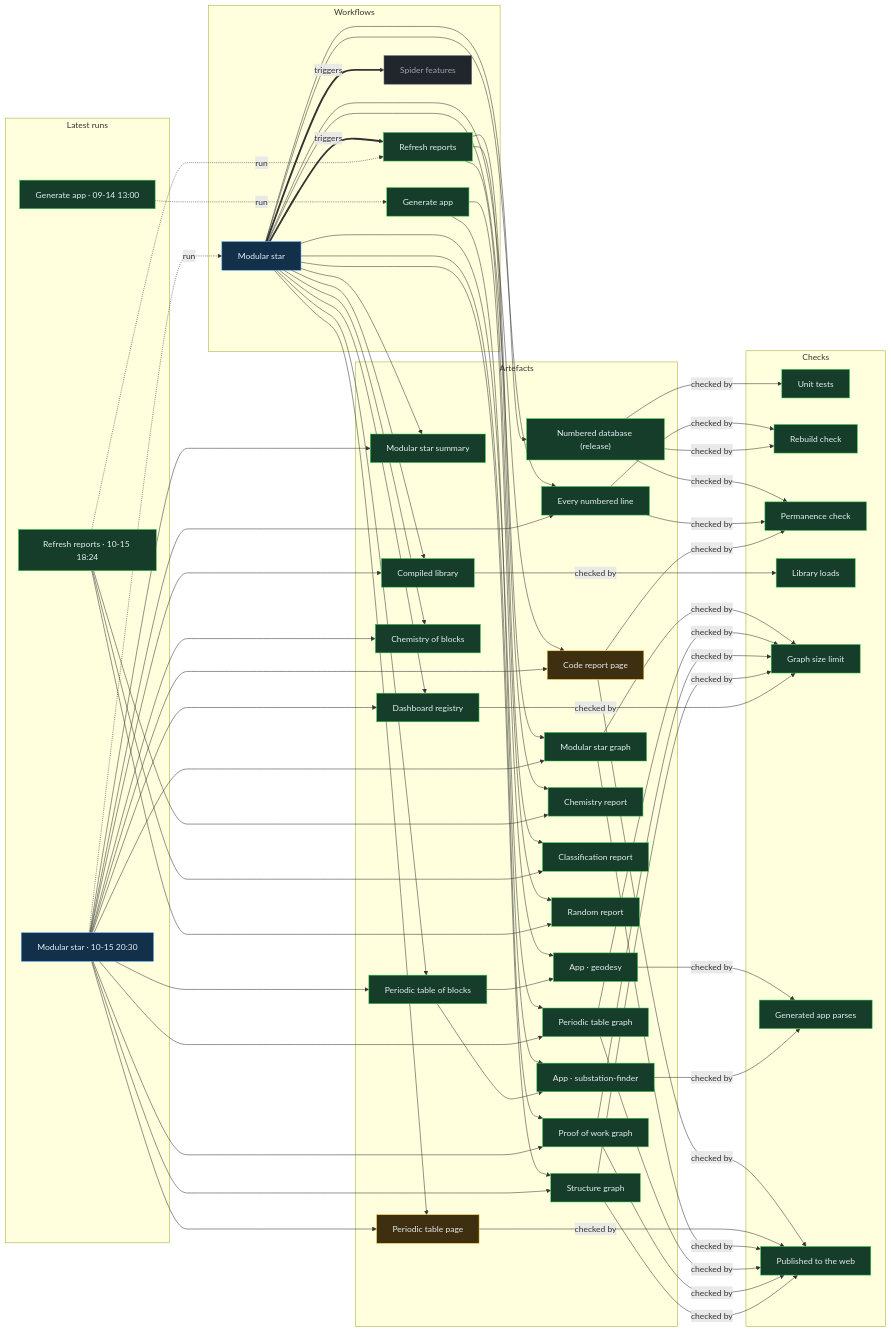
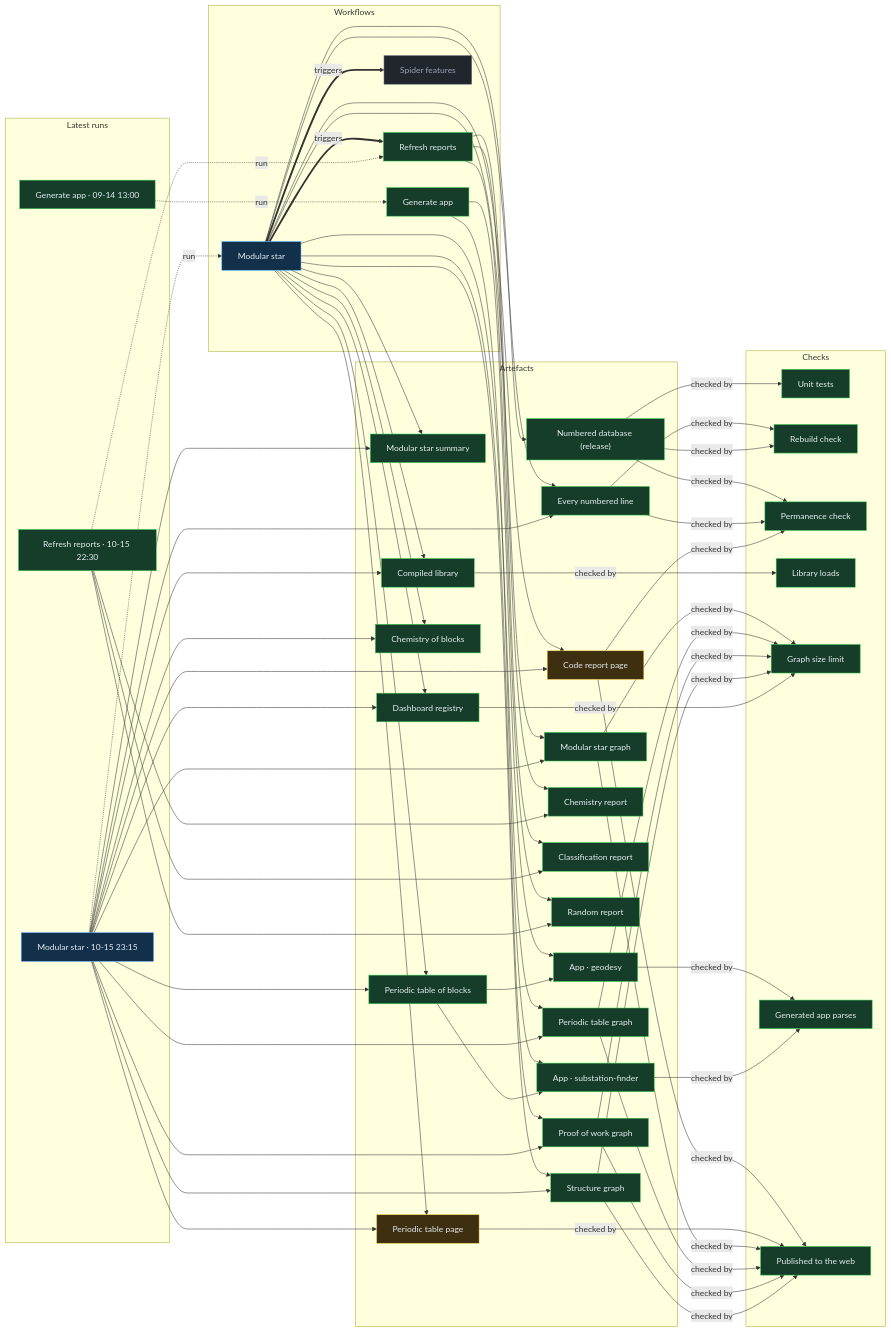
The diagram in proof/PROOF.md (Ventusltd/stars), drawn with Mermaid before and after one commit. The commit also changed other lines of this file and 44 other files, not shown here.

Commit message:
Modular star 2026-10-15T23:17Z

```diff
--- a/proof/PROOF.md
+++ b/proof/PROOF.md
@@ -24,8 +24,8 @@
   n_wf_spider_features["Spider features"]:::off
   end
   subgraph g_runs["Latest runs"]
-  n_run_38802559154["Modular star · 10-15 20:30"]:::live
-  n_run_38785394188["Refresh reports · 10-15 18:24"]:::ok
+  n_run_38822447843["Modular star · 10-15 23:15"]:::live
+  n_run_38817519135["Refresh reports · 10-15 22:30"]:::ok
   n_run_34846587798["Generate app · 09-14 13:00"]:::ok
   end
   subgraph g_artefacts["Artefacts"]
@@ -59,39 +59,39 @@
   end
   n_wf_modular_star == triggers ==> n_wf_refresh
   n_wf_modular_star == triggers ==> n_wf_spider_features
-  n_run_38802559154 -. run .-> n_wf_modular_star
-  n_run_38785394188 -. run .-> n_wf_refresh
+  n_run_38822447843 -. run .-> n_wf_modular_star
+  n_run_38817519135 -. run .-> n_wf_refresh
   n_run_34846587798 -. run .-> n_wf_generate
   n_wf_modular_star --> n_art_summary
-  n_run_38802559154 --> n_art_summary
+  n_run_38822447843 --> n_art_summary
   n_wf_modular_star --> n_art_lines
-  n_run_38802559154 --> n_art_lines
+  n_run_38822447843 --> n_art_lines
   n_wf_modular_star --> n_art_code
-  n_run_38802559154 --> n_art_code
+  n_run_38822447843 --> n_art_code
   n_wf_modular_star --> n_art_modular_graph
-  n_run_38802559154 --> n_art_modular_graph
+  n_run_38822447843 --> n_art_modular_graph
   n_wf_modular_star --> n_art_blocks
-  n_run_38802559154 --> n_art_blocks
+  n_run_38822447843 --> n_art_blocks
   n_wf_modular_star --> n_art_table
-  n_run_38802559154 --> n_art_table
+  n_run_38822447843 --> n_art_table
   n_wf_modular_star --> n_art_blocks_graph
-  n_run_38802559154 --> n_art_blocks_graph
+  n_run_38822447843 --> n_art_blocks_graph
   n_wf_modular_star --> n_art_reactions
-  n_run_38802559154 --> n_art_reactions
+  n_run_38822447843 --> n_art_reactions
   n_wf_modular_star --> n_art_library
-  n_run_38802559154 --> n_art_library
+  n_run_38822447843 --> n_art_library
   n_wf_modular_star --> n_art_features
-  n_run_38802559154 --> n_art_features
+  n_run_38822447843 --> n_art_features
   n_wf_modular_star --> n_art_proof
-  n_run_38802559154 --> n_art_proof
+  n_run_38822447843 --> n_art_proof
   n_wf_modular_star --> n_art_structure
-  n_run_38802559154 --> n_art_structure
+  n_run_38822447843 --> n_art_structure
   n_wf_refresh --> n_art_chemistry
-  n_run_38785394188 --> n_art_chemistry
+  n_run_38817519135 --> n_art_chemistry
   n_wf_refresh --> n_art_vedic
-  n_run_38785394188 --> n_art_vedic
+  n_run_38817519135 --> n_art_vedic
   n_wf_refresh --> n_art_random
-  n_run_38785394188 --> n_art_random
+  n_run_38817519135 --> n_art_random
   n_wf_modular_star --> n_art_release
   n_wf_generate --> n_app_geodesy
   n_art_blocks --> n_app_geodesy
```
